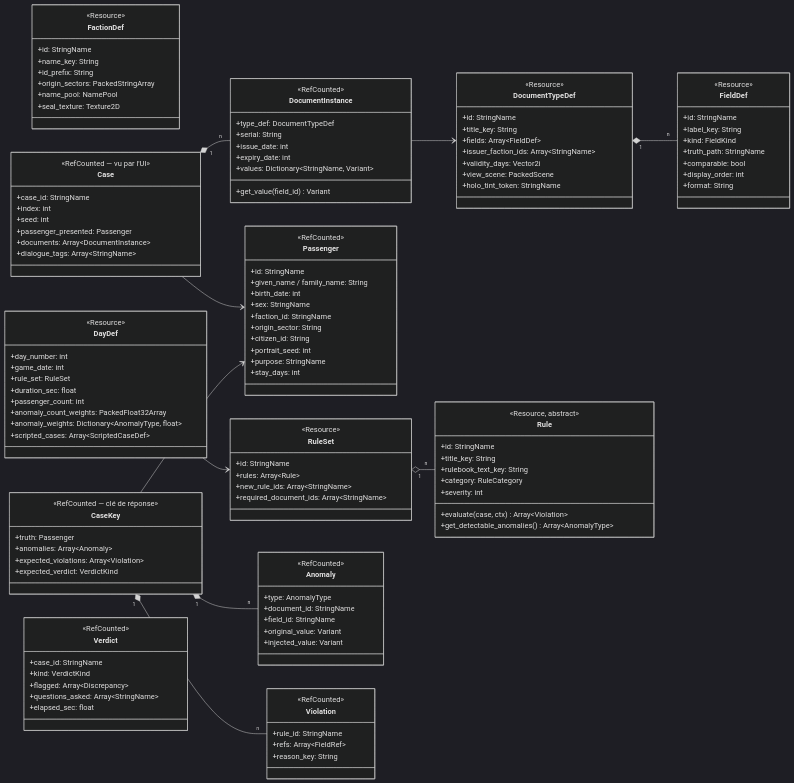
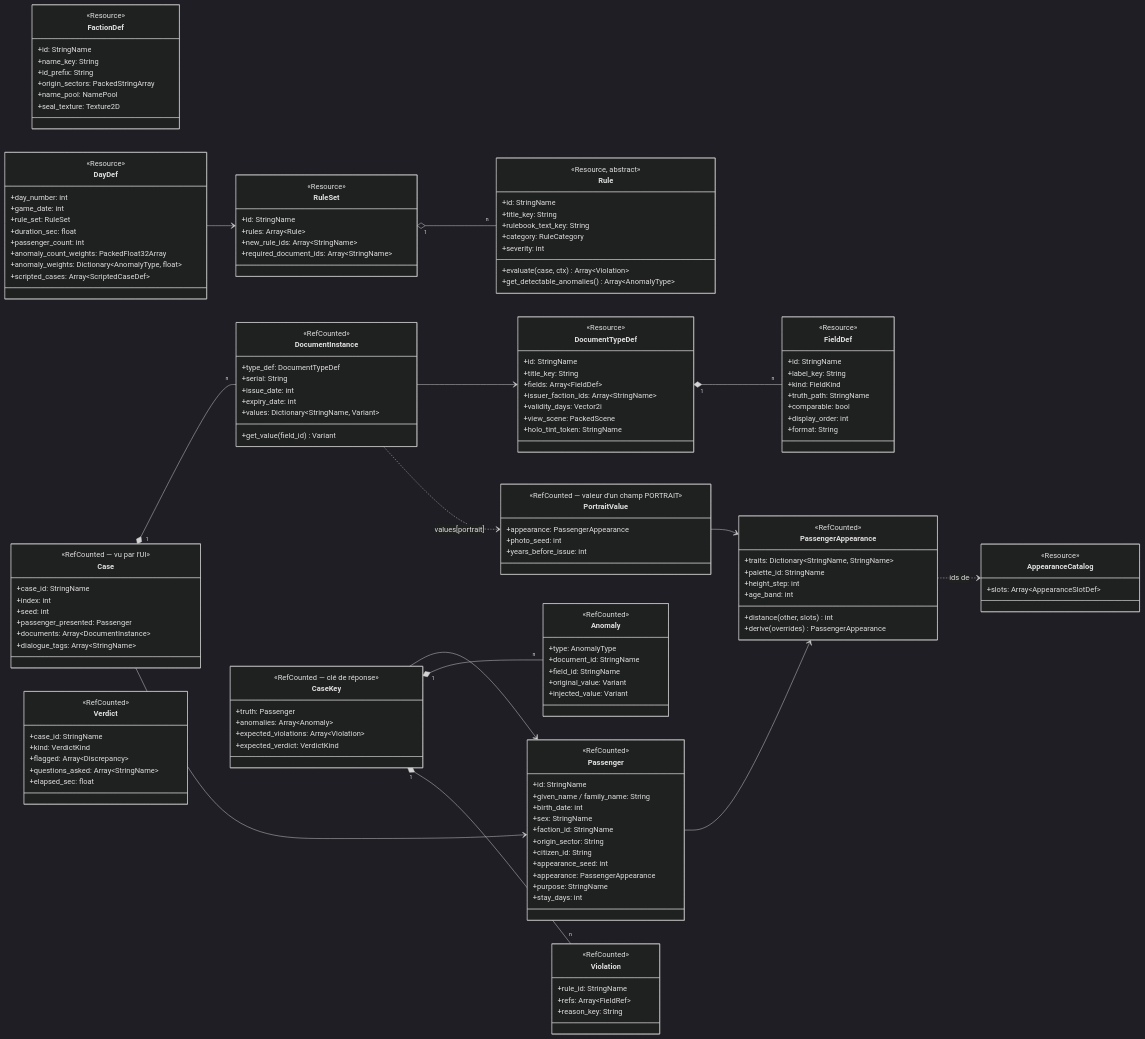
The second of 4 diagrams in docs/ARCHITECTURE.md (fs0ciety7000/clearance), drawn with Mermaid (dark theme) before and after one commit. The commit also changed other lines of this file and 4 other files, not shown here.

First line of the commit message:
Architecture rév. 2 : Booth & PassengerActor, apparences, signaux passager

````diff
--- a/docs/ARCHITECTURE.md
+++ b/docs/ARCHITECTURE.md
@@ -216,9 +239,29 @@
       +faction_id: StringName
       +origin_sector: String
       +citizen_id: String
-      +portrait_seed: int
+      +appearance_seed: int
+      +appearance: PassengerAppearance
       +purpose: StringName
       +stay_days: int
+    }
+    class PassengerAppearance {
+      <<RefCounted>>
+      +traits: Dictionary~StringName, StringName~
+      +palette_id: StringName
+      +height_step: int
+      +age_band: int
+      +distance(other, slots) int
+      +derive(overrides) PassengerAppearance
+    }
+    class PortraitValue {
+      <<RefCounted — valeur d'un champ PORTRAIT>>
+      +appearance: PassengerAppearance
+      +photo_seed: int
+      +years_before_issue: int
+    }
+    class AppearanceCatalog {
+      <<Resource>>
+      +slots: Array~AppearanceSlotDef~
     }
     class DocumentInstance {
       <<RefCounted>>
@@ -276,4 +319,8 @@
     CaseKey --> Passenger
     CaseKey "1" *-- "n" Anomaly
     CaseKey "1" *-- "n" Violation
+    Passenger --> PassengerAppearance
+    PortraitValue --> PassengerAppearance
+    DocumentInstance ..> PortraitValue : values[portrait]
+    PassengerAppearance ..> AppearanceCatalog : ids de
 ```
````
